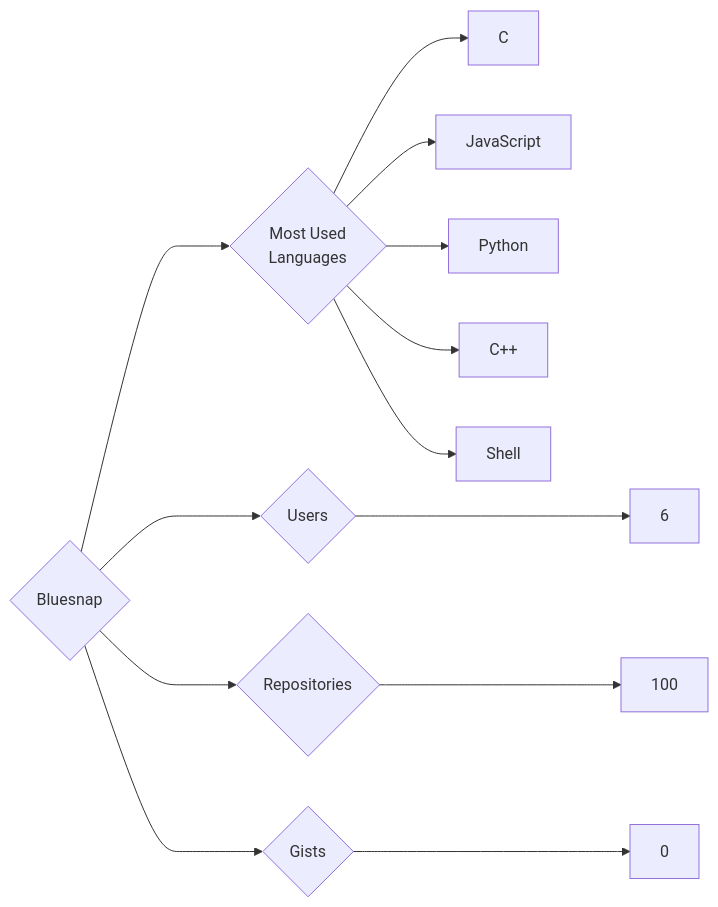
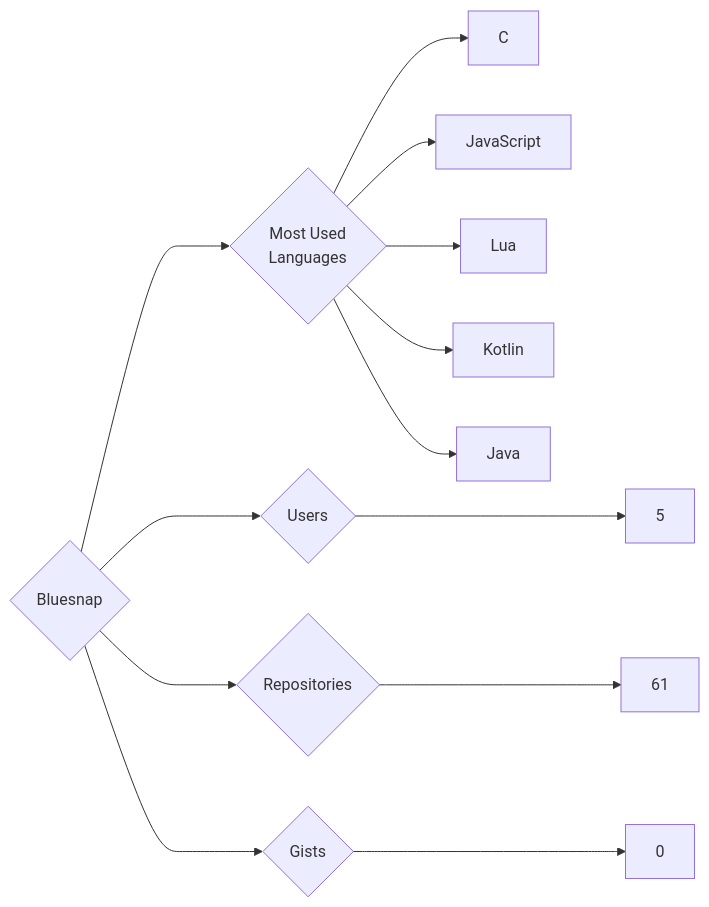
Before and after one commit to trickest/insiders: the diagram in targets/Bluesnap/README.md, drawn with Mermaid. The commit also changed 882 other files, not shown here.

````diff
--- a/targets/Bluesnap/README.md
+++ b/targets/Bluesnap/README.md
@@ -3,13 +3,13 @@
 ```mermaid
 graph LR
 COMPANY_NAME{Bluesnap}
-COMPANY_NAME ---> U{Users} ---> UN[6]
-COMPANY_NAME ---> R{Repositories} ---> RN[100]
+COMPANY_NAME ---> U{Users} ---> UN[5]
+COMPANY_NAME ---> R{Repositories} ---> RN[61]
 COMPANY_NAME ---> G{Gists} ---> GN[0]
 COMPANY_NAME ---> ML{Most Used<br>Languages}
 ML --> C[C]
 ML --> JavaScript[JavaScript]
-ML --> Python[Python]
-ML --> C++[C++]
-ML --> Shell[Shell]
+ML --> Lua[Lua]
+ML --> Kotlin[Kotlin]
+ML --> Java[Java]
 ```
````
